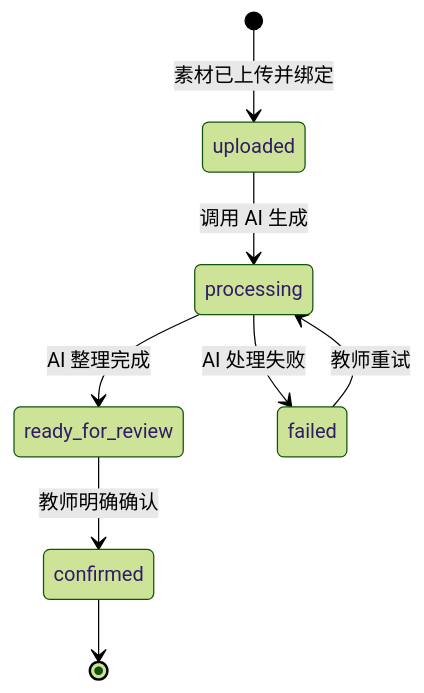
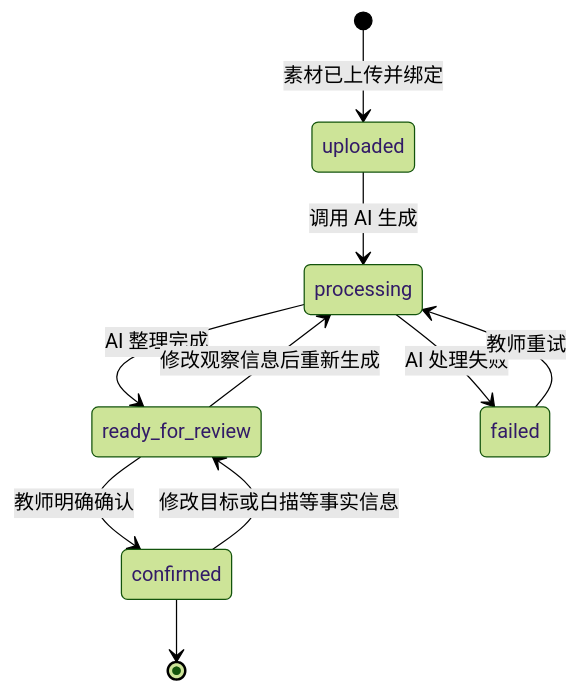
The second of 2 diagrams in docs/mvp-user-flow.md (cc741035412-boop/bangbang), drawn with Mermaid (forest theme) before and after one commit. The commit also changed other lines of this file and 102 other files, not shown here.

````diff
--- a/docs/mvp-user-flow.md
+++ b/docs/mvp-user-flow.md
@@ -198,10 +220,12 @@
 ```mermaid
 stateDiagram-v2
     [*] --> uploaded: 素材已上传并绑定
     uploaded --> processing: 调用 AI 生成
     processing --> ready_for_review: AI 整理完成
     processing --> failed: AI 处理失败
     failed --> processing: 教师重试
     ready_for_review --> confirmed: 教师明确确认
+    ready_for_review --> processing: 修改观察信息后重新生成
+    confirmed --> ready_for_review: 修改目标或白描等事实信息
     confirmed --> [*]
 ```
````
